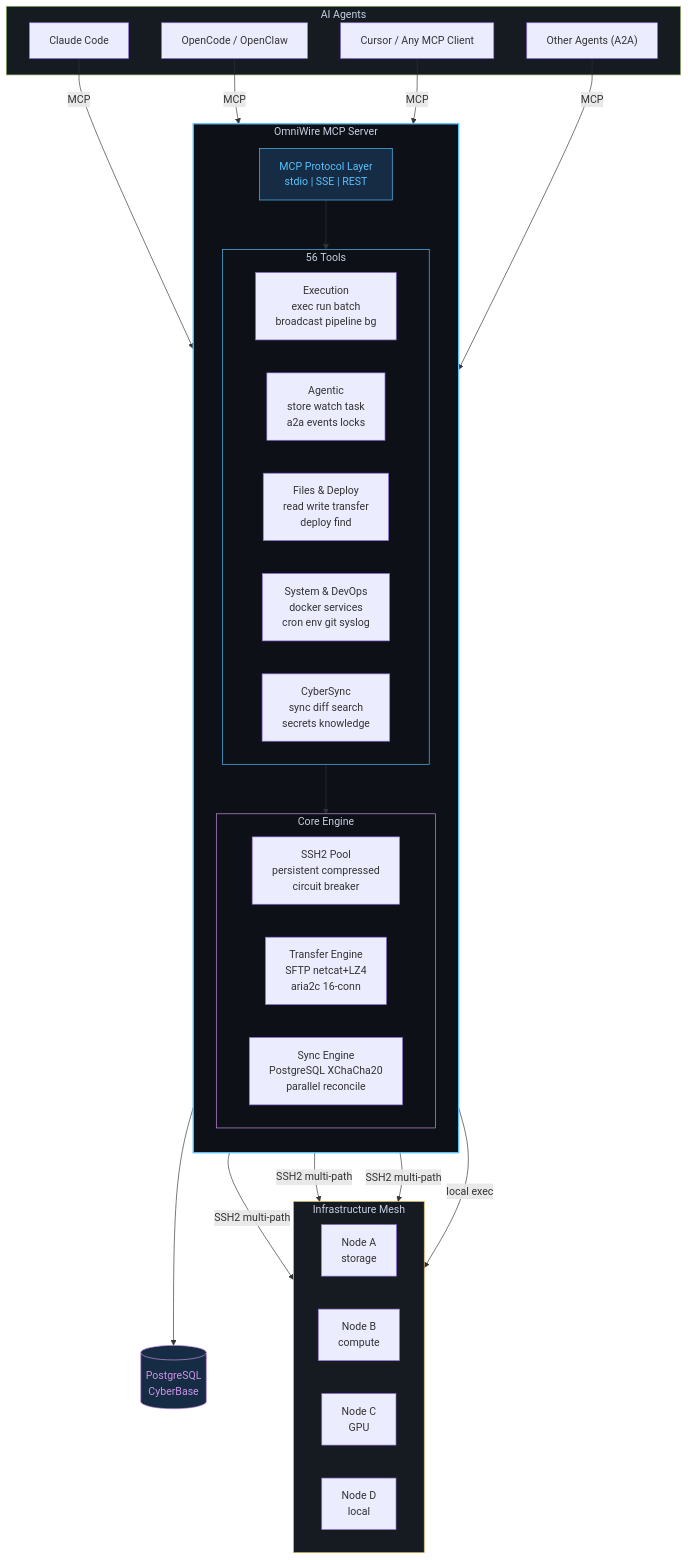
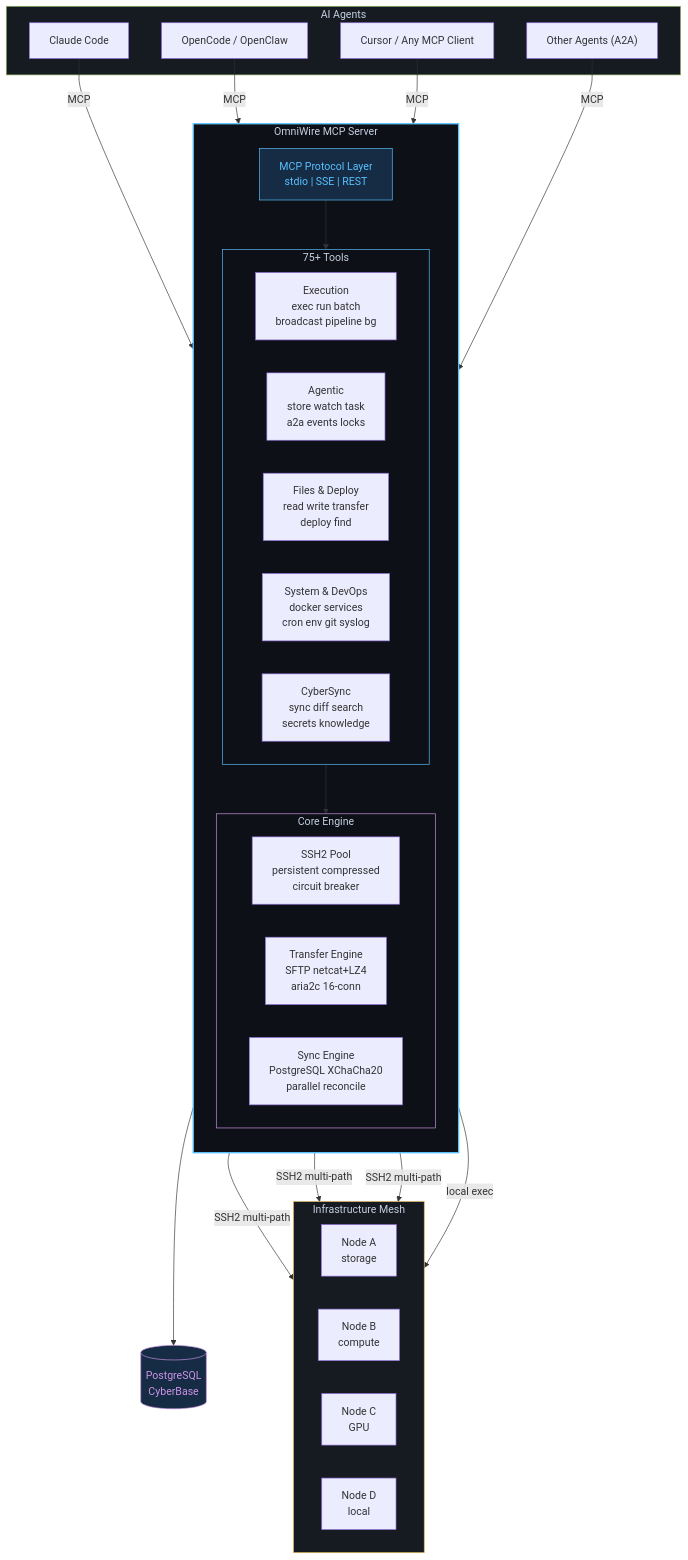
Before and after one commit to VoidChecksum/omniwire: the diagram in README.md, drawn with Mermaid. The commit also changed other lines of this file and 2 other files, not shown here.

Commit message:
docs: update README to 75+ tools, add slogan, new tool categories, v3.0.0 changelog

````diff
--- a/README.md
+++ b/README.md
@@ -196,55 +204,55 @@
 ```mermaid
 graph TB
     subgraph clients["AI Agents"]
         CC["Claude Code"]
         OC["OpenCode / OpenClaw"]
         CU["Cursor / Any MCP Client"]
         A2["Other Agents (A2A)"]
     end
 
     subgraph omniwire["OmniWire MCP Server"]
         direction TB
         MCP["MCP Protocol Layer<br/>stdio | SSE | REST"]
 
-        subgraph tools["56 Tools"]
+        subgraph tools["75+ Tools"]
             direction LR
             EXEC["Execution<br/>exec  run  batch<br/>broadcast  pipeline  bg"]
             AGENT["Agentic<br/>store  watch  task<br/>a2a  events  locks"]
             FILES["Files & Deploy<br/>read  write  transfer<br/>deploy  find"]
             SYS["System & DevOps<br/>docker  services<br/>cron  env  git  syslog"]
             SYNC["CyberSync<br/>sync  diff  search<br/>secrets  knowledge"]
         end
 
         subgraph engine["Core Engine"]
             direction LR
             POOL["SSH2 Pool<br/>persistent  compressed<br/>circuit breaker"]
             XFER["Transfer Engine<br/>SFTP  netcat+LZ4<br/>aria2c 16-conn"]
             CSYNC["Sync Engine<br/>PostgreSQL  XChaCha20<br/>parallel reconcile"]
         end
     end
 
     subgraph mesh["Infrastructure Mesh"]
         direction LR
         N1["Node A<br/>storage"]
         N2["Node B<br/>compute"]
         N3["Node C<br/>GPU"]
         N4["Node D<br/>local"]
     end
 
     DB[("PostgreSQL<br/>CyberBase")]
 
     CC & OC & CU & A2 -->|MCP| MCP
     MCP --> tools
     tools --> engine
     POOL -->|"SSH2 multi-path"| N1 & N2 & N3
     POOL -->|"local exec"| N4
     CSYNC --> DB
 
     style omniwire fill:#0D1117,stroke:#59C2FF,stroke-width:2px,color:#C6D0E1
     style clients fill:#161B22,stroke:#91B362,stroke-width:1px,color:#C6D0E1
     style mesh fill:#161B22,stroke:#E6B450,stroke-width:1px,color:#C6D0E1
     style tools fill:#0D1117,stroke:#59C2FF,stroke-width:1px,color:#C6D0E1
     style engine fill:#0D1117,stroke:#CC93E6,stroke-width:1px,color:#C6D0E1
     style MCP fill:#162B44,stroke:#59C2FF,color:#59C2FF
     style DB fill:#162B44,stroke:#CC93E6,color:#CC93E6
 ```
````
